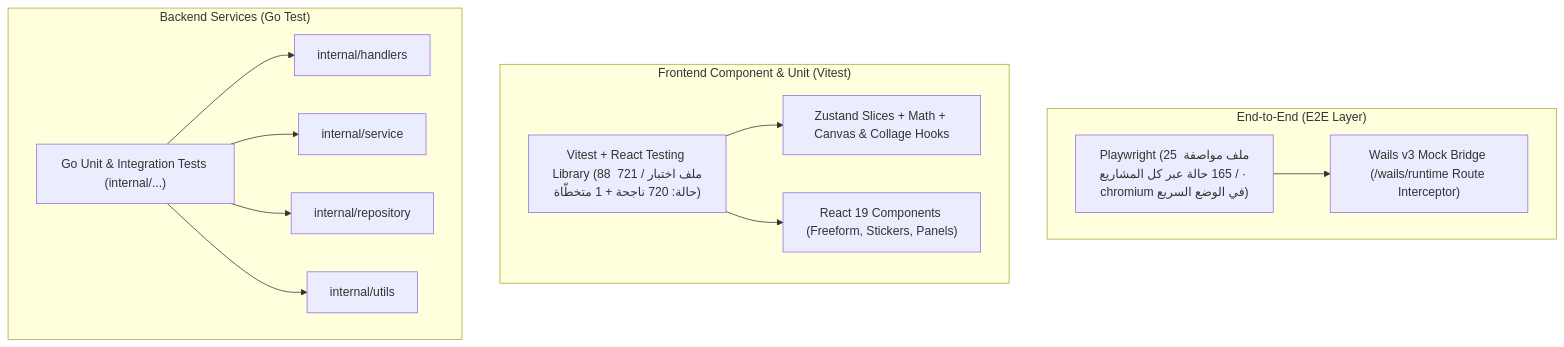
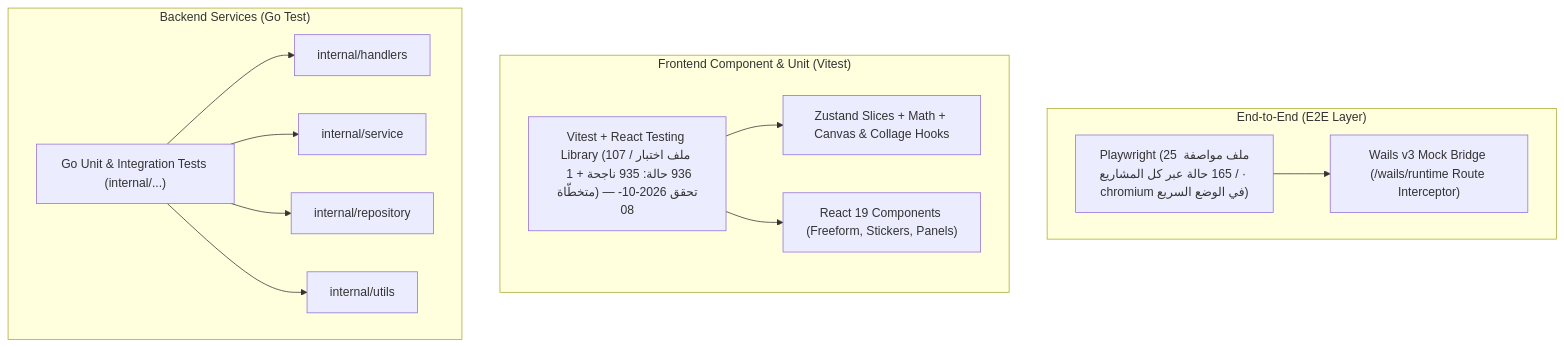
The diagram in docs/testing_guide.md (wisam79/grido), drawn with Mermaid before and after one commit. The commit also changed other lines of this file and 89 other files, not shown here.

````diff
--- a/docs/testing_guide.md
+++ b/docs/testing_guide.md
@@ -11,28 +11,28 @@
 ```mermaid
 flowchart TD
     subgraph E2E ["End-to-End (E2E Layer)"]
         PW["Playwright (25 ملف مواصفة / 165 حالة عبر كل المشاريع · chromium في الوضع السريع)"]
         Bridge["Wails v3 Mock Bridge (/wails/runtime Route Interceptor)"]
         PW --> Bridge
     end
 
     subgraph FE ["Frontend Component & Unit (Vitest)"]
-        VTests["Vitest + React Testing Library (88 ملف اختبار / 721 حالة: 720 ناجحة + 1 متخطّاة)"]
+        VTests["Vitest + React Testing Library (107 ملف اختبار / 936 حالة: 935 ناجحة + 1 متخطّاة) — تحقق 2026-10-08"]
         Zustand["Zustand Slices + Math + Canvas & Collage Hooks"]
         Comps["React 19 Components (Freeform, Stickers, Panels)"]
         VTests --> Zustand
         VTests --> Comps
     end
 
     subgraph BE ["Backend Services (Go Test)"]
         GoTests["Go Unit & Integration Tests (internal/...)"]
         Handlers["internal/handlers"]
         Services["internal/service"]
         Repo["internal/repository"]
         Utils["internal/utils"]
         GoTests --> Handlers
         GoTests --> Services
         GoTests --> Repo
         GoTests --> Utils
     end
 ```
````
